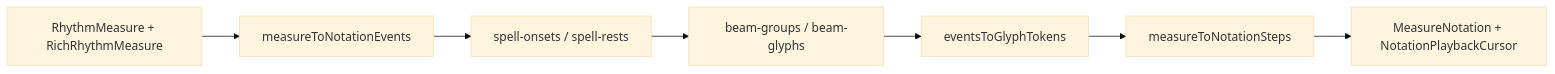
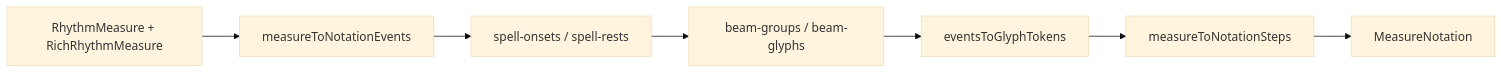
One commit to kylemichaelsullivan/poison-rhythm changed the third of 3 diagrams in documentation/ARCHITECTURE.md. Above: the diagram before and after it, drawn with Mermaid (base theme). The commit also changed other lines of this file and 24 other files, not shown here.

Commit message:
ADD: Color Active Notation Glyph During Playback

````diff
--- a/documentation/ARCHITECTURE.md
+++ b/documentation/ARCHITECTURE.md
@@ -180,11 +180,11 @@
 ```mermaid
 flowchart LR
   measure[RhythmMeasure + RichRhythmMeasure]
   events[measureToNotationEvents]
   spell[spell-onsets / spell-rests]
   beam[beam-groups / beam-glyphs]
   tokens[eventsToGlyphTokens]
   steps[measureToNotationSteps]
-  ui[MeasureNotation + NotationPlaybackCursor]
+  ui[MeasureNotation]
   measure --> events --> spell --> beam --> tokens --> steps --> ui
 ```
````
